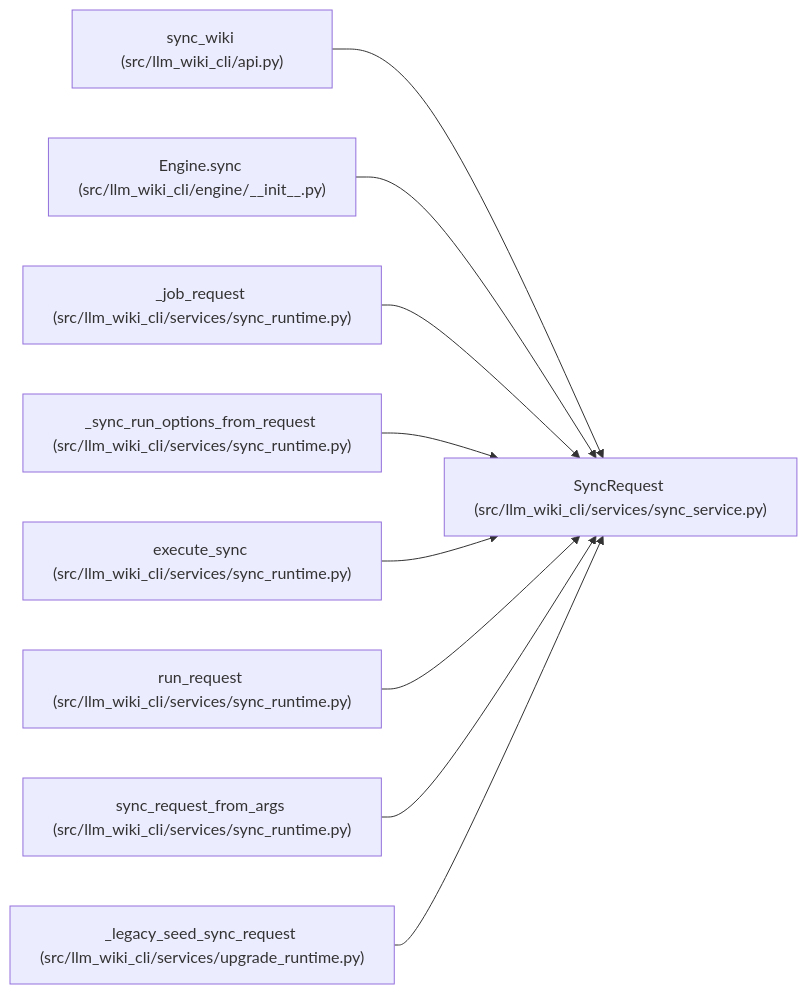
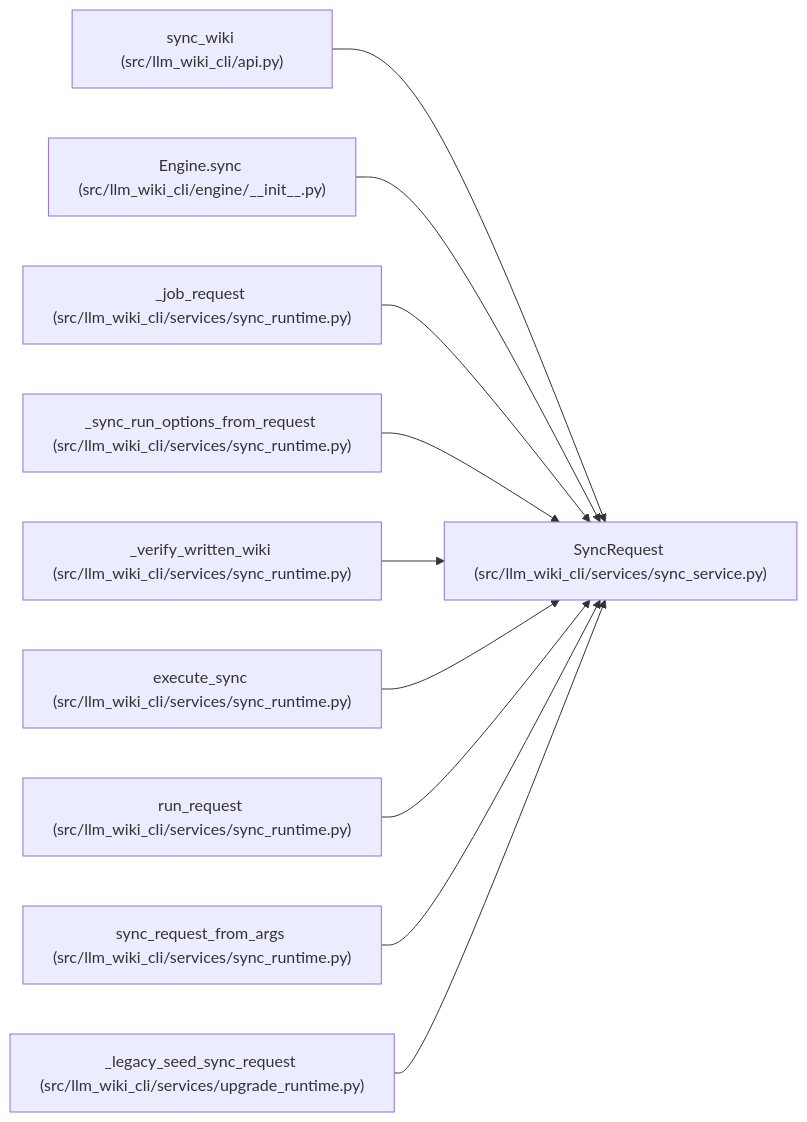
The diagram in docs/llm_wiki/entities/sync_service_SyncRequest.md (Denissvgn/python-wiki-llm), drawn with Mermaid before and after one commit. The commit also changed other lines of this file and 725 other files, not shown here.

````diff
--- a/docs/llm_wiki/entities/sync_service_SyncRequest.md
+++ b/docs/llm_wiki/entities/sync_service_SyncRequest.md
@@ -59,29 +60,32 @@
 ```mermaid
 flowchart LR
     n0["SyncRequest (src/llm_wiki_cli/services/sync_service.py)"]
     n1["sync_wiki (src/llm_wiki_cli/api.py)"]
     n2["Engine.sync (src/llm_wiki_cli/engine/__init__.py)"]
     n3["_job_request (src/llm_wiki_cli/services/sync_runtime.py)"]
     n4["_sync_run_options_from_request (src/llm_wiki_cli/services/sync_runtime.py)"]
-    n5["execute_sync (src/llm_wiki_cli/services/sync_runtime.py)"]
-    n6["run_request (src/llm_wiki_cli/services/sync_runtime.py)"]
-    n7["sync_request_from_args (src/llm_wiki_cli/services/sync_runtime.py)"]
-    n8["_legacy_seed_sync_request (src/llm_wiki_cli/services/upgrade_runtime.py)"]
+    n5["_verify_written_wiki (src/llm_wiki_cli/services/sync_runtime.py)"]
+    n6["execute_sync (src/llm_wiki_cli/services/sync_runtime.py)"]
+    n7["run_request (src/llm_wiki_cli/services/sync_runtime.py)"]
+    n8["sync_request_from_args (src/llm_wiki_cli/services/sync_runtime.py)"]
+    n9["_legacy_seed_sync_request (src/llm_wiki_cli/services/upgrade_runtime.py)"]
     n1 --> n0
     n2 --> n0
     n3 --> n0
     n4 --> n0
     n5 --> n0
     n6 --> n0
     n7 --> n0
     n8 --> n0
+    n9 --> n0
     click n0 "../modules/sync_service.md"
     click n1 "../modules/api.md"
     click n2 "../modules/engine___init__.md"
     click n3 "../modules/sync_runtime.md"
     click n4 "../modules/sync_runtime.md"
     click n5 "../modules/sync_runtime.md"
     click n6 "../modules/sync_runtime.md"
     click n7 "../modules/sync_runtime.md"
-    click n8 "../modules/upgrade_runtime.md"
+    click n8 "../modules/sync_runtime.md"
+    click n9 "../modules/upgrade_runtime.md"
 ```
````
